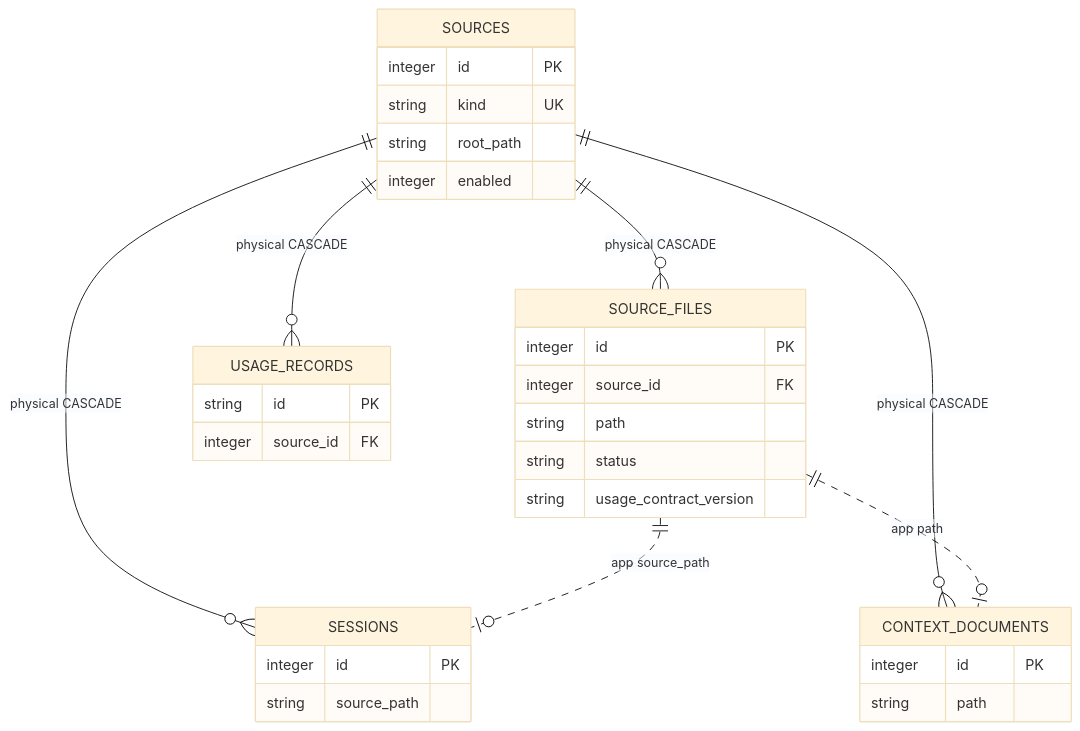
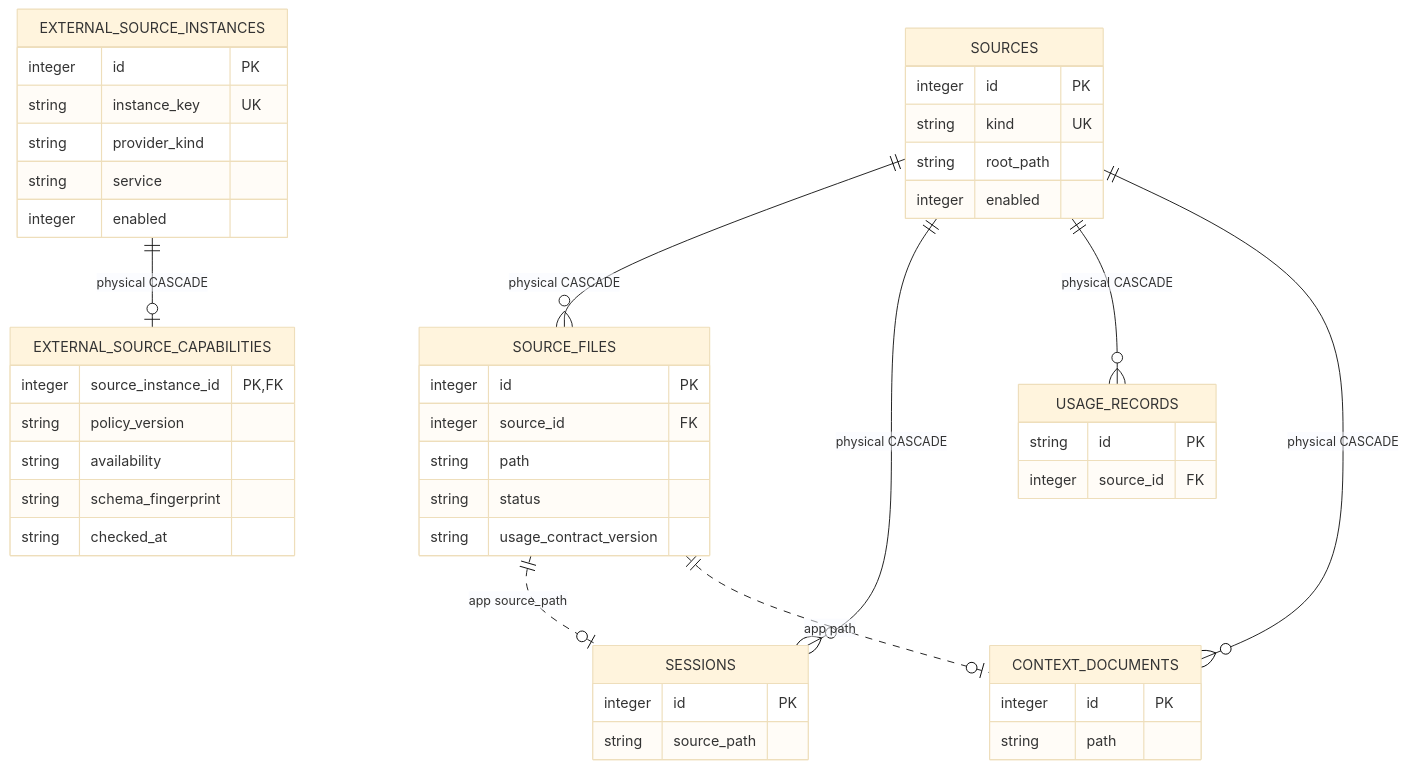
One commit to chochita0311/local-brain changed the diagram in docs/policies/project/data-model/source-registry-and-scans.md. Above: the diagram before and after it, drawn with Mermaid (base theme). The commit also changed other lines of this file and 128 other files, not shown here.

Commit message:
feat: add Atlassian source memory and schema zoom

````diff
--- a/docs/policies/project/data-model/source-registry-and-scans.md
+++ b/docs/policies/project/data-model/source-registry-and-scans.md
@@ -11,26 +11,41 @@
 ```mermaid
 erDiagram
     SOURCES {
         integer id PK
         string kind UK
         string root_path
         integer enabled
     }
     SOURCE_FILES {
         integer id PK
         integer source_id FK
         string path
         string status
         string usage_contract_version
     }
+    EXTERNAL_SOURCE_INSTANCES {
+        integer id PK
+        string instance_key UK
+        string provider_kind
+        string service
+        integer enabled
+    }
+    EXTERNAL_SOURCE_CAPABILITIES {
+        integer source_instance_id PK, FK
+        string policy_version
+        string availability
+        string schema_fingerprint
+        string checked_at
+    }
     SESSIONS { integer id PK string source_path }
     USAGE_RECORDS { string id PK integer source_id FK }
     CONTEXT_DOCUMENTS { integer id PK string path }
 
     SOURCES ||--o{ SOURCE_FILES : "physical CASCADE"
     SOURCES ||--o{ SESSIONS : "physical CASCADE"
     SOURCES ||--o{ USAGE_RECORDS : "physical CASCADE"
     SOURCES ||--o{ CONTEXT_DOCUMENTS : "physical CASCADE"
+    EXTERNAL_SOURCE_INSTANCES ||--o| EXTERNAL_SOURCE_CAPABILITIES : "physical CASCADE"
     SOURCE_FILES ||..o| SESSIONS : "app source_path"
     SOURCE_FILES ||..o| CONTEXT_DOCUMENTS : "app path"
 ```
````
